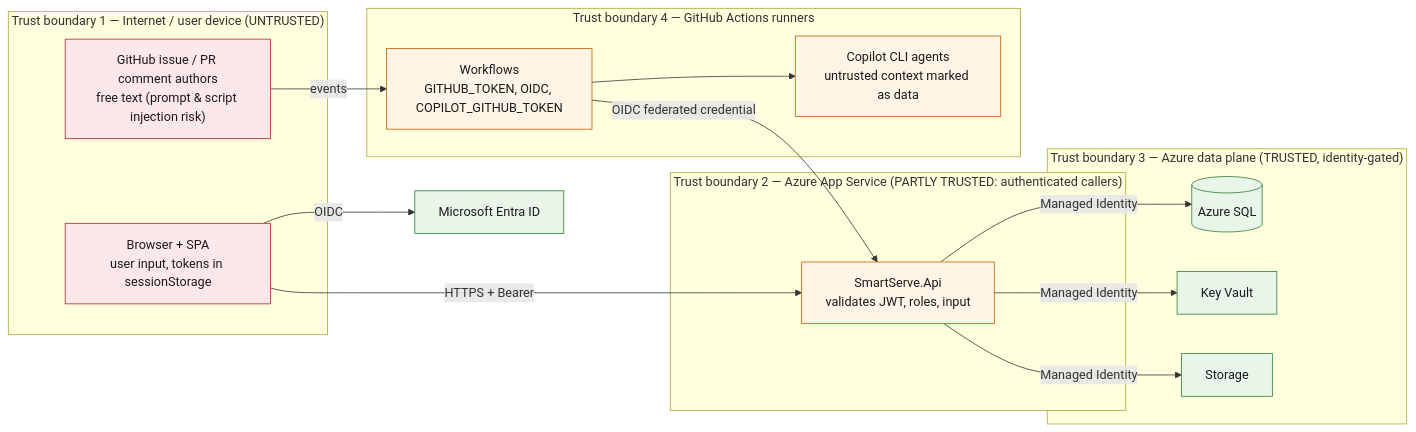
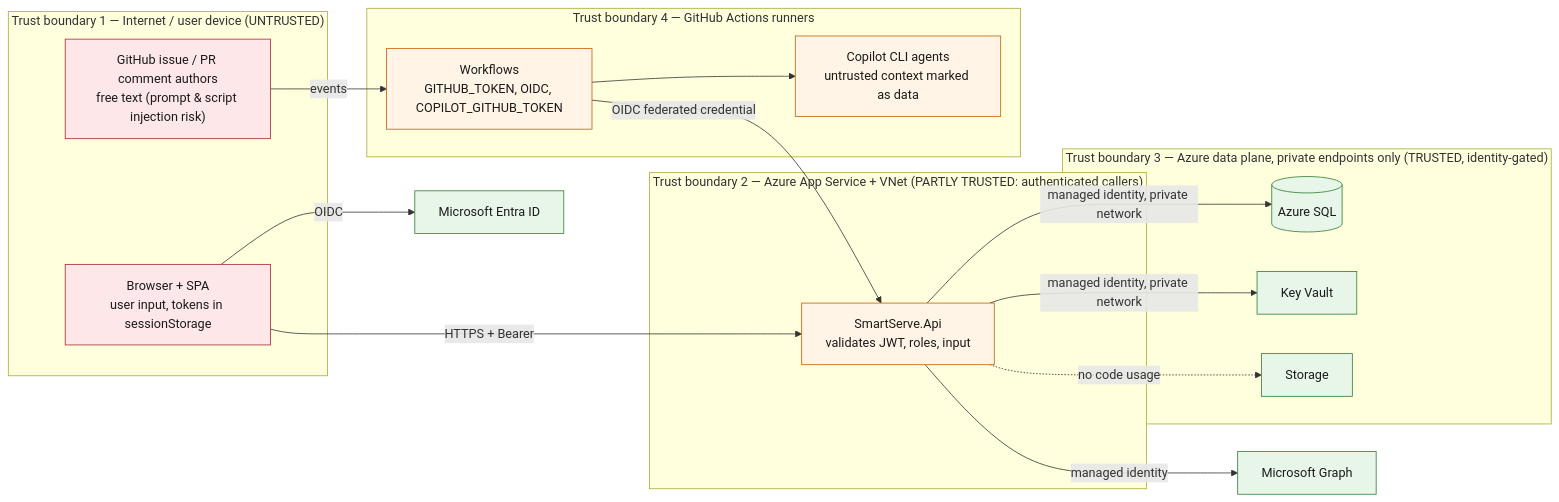
Before and after one commit to Deepankar-AICloud/AISDLC-V1: the diagram in docs/complete-solution-documentation/diagrams/mermaid/17-trust-boundaries.mmd, drawn with Mermaid. The commit also changed 125 other files, not shown here.

```diff
--- a/docs/complete-solution-documentation/diagrams/mermaid/17-trust-boundaries.mmd
+++ b/docs/complete-solution-documentation/diagrams/mermaid/17-trust-boundaries.mmd
@@ -1,29 +1,32 @@
 flowchart LR
   classDef untrusted fill:#FDE7E9,stroke:#A4262C,color:#1B1B1B
   classDef semi fill:#FFF4E5,stroke:#C25E00,color:#1B1B1B
   classDef trusted fill:#E8F5E9,stroke:#2E7D32,color:#1B1B1B
 
   subgraph TB1["Trust boundary 1 — Internet / user device (UNTRUSTED)"]
     BR["Browser + SPA<br/>user input, tokens in sessionStorage"]:::untrusted
     GHU["GitHub issue / PR comment authors<br/>free text (prompt & script injection risk)"]:::untrusted
   end
-  subgraph TB2["Trust boundary 2 — Azure App Service (PARTLY TRUSTED: authenticated callers)"]
+  subgraph TB2["Trust boundary 2 — Azure App Service + VNet (PARTLY TRUSTED: authenticated callers)"]
     API["SmartServe.Api<br/>validates JWT, roles, input"]:::semi
   end
-  subgraph TB3["Trust boundary 3 — Azure data plane (TRUSTED, identity-gated)"]
+  subgraph TB3["Trust boundary 3 — Azure data plane, private endpoints only (TRUSTED, identity-gated)"]
     SQL[("Azure SQL")]:::trusted
     KV["Key Vault"]:::trusted
     ST["Storage"]:::trusted
   end
   subgraph TB4["Trust boundary 4 — GitHub Actions runners"]
     WF["Workflows<br/>GITHUB_TOKEN, OIDC, COPILOT_GITHUB_TOKEN"]:::semi
     LLM["Copilot CLI agents<br/>untrusted context marked as data"]:::semi
   end
   IDP["Microsoft Entra ID"]:::trusted
+  GR["Microsoft Graph"]:::trusted
 
   BR -->|"HTTPS + Bearer"| API
   BR -->|"OIDC"| IDP
-  API -->|"Managed Identity"| SQL & KV & ST
+  API -->|"managed identity, private network"| SQL & KV
+  API -.->|"no code usage"| ST
+  API -->|"managed identity"| GR
   GHU -->|"events"| WF
   WF --> LLM
   WF -->|"OIDC federated credential"| API
```
